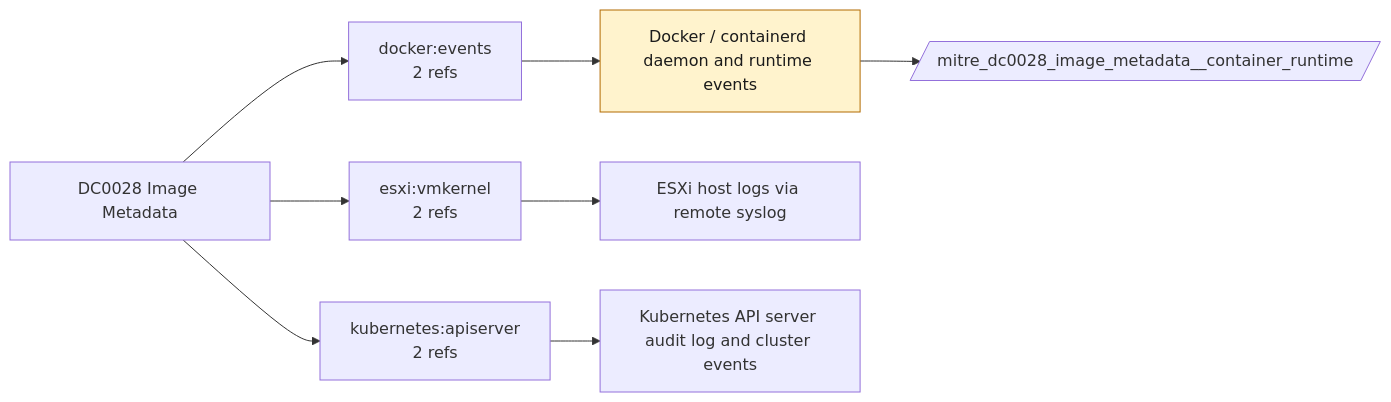
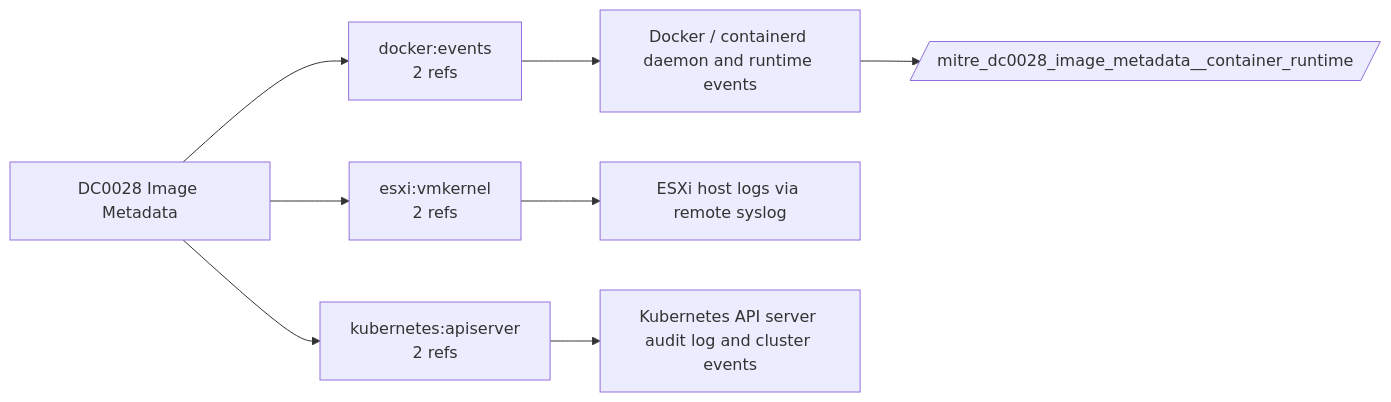
The diagram in docs/data-components/DC0028-image-metadata.md (dev-nobytes-io/mitre-defensive-mappings-spl), drawn with Mermaid before and after one commit. The commit also changed other lines of this file and 366 other files, not shown here.

````diff
--- a/docs/data-components/DC0028-image-metadata.md
+++ b/docs/data-components/DC0028-image-metadata.md
@@ -19,17 +19,14 @@
 ```mermaid
 flowchart LR
   DC["DC0028 Image Metadata"]
   DC --> LS0["docker:events<br/>2 refs"]
   F_container_runtime["Docker / containerd daemon and runtime events"]
   LS0 --> F_container_runtime
   DC --> LS1["esxi:vmkernel<br/>2 refs"]
   F_esxi_syslog["ESXi host logs via remote syslog"]
   LS1 --> F_esxi_syslog
   DC --> LS2["kubernetes:apiserver<br/>2 refs"]
   F_kubernetes_audit["Kubernetes API server audit log and cluster events"]
   LS2 --> F_kubernetes_audit
   F_container_runtime --> ET_container_runtime[/"mitre_dc0028_image_metadata__container_runtime"/]
-  class F_container_runtime ready
-  classDef live fill:#d4edda,stroke:#2e7d32,color:#1b1b1b
-  classDef ready fill:#fff3cd,stroke:#b26a00,color:#1b1b1b
 ```
````
